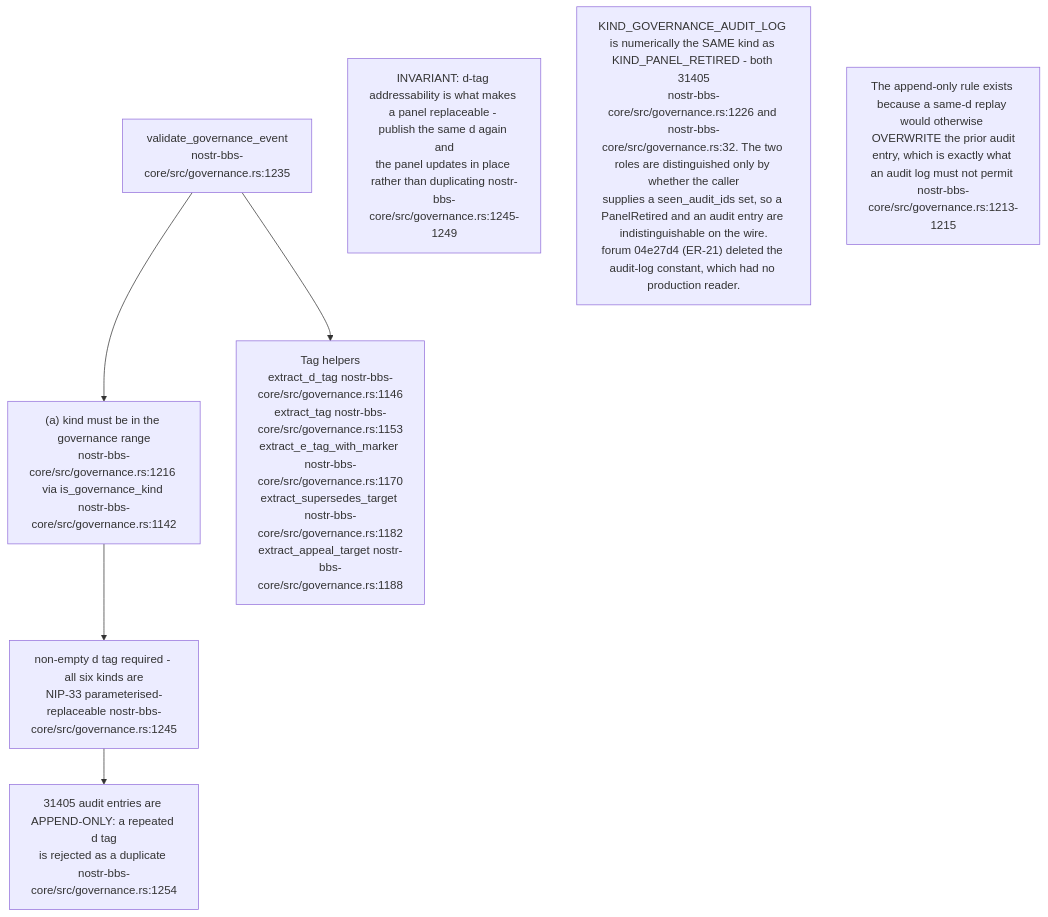
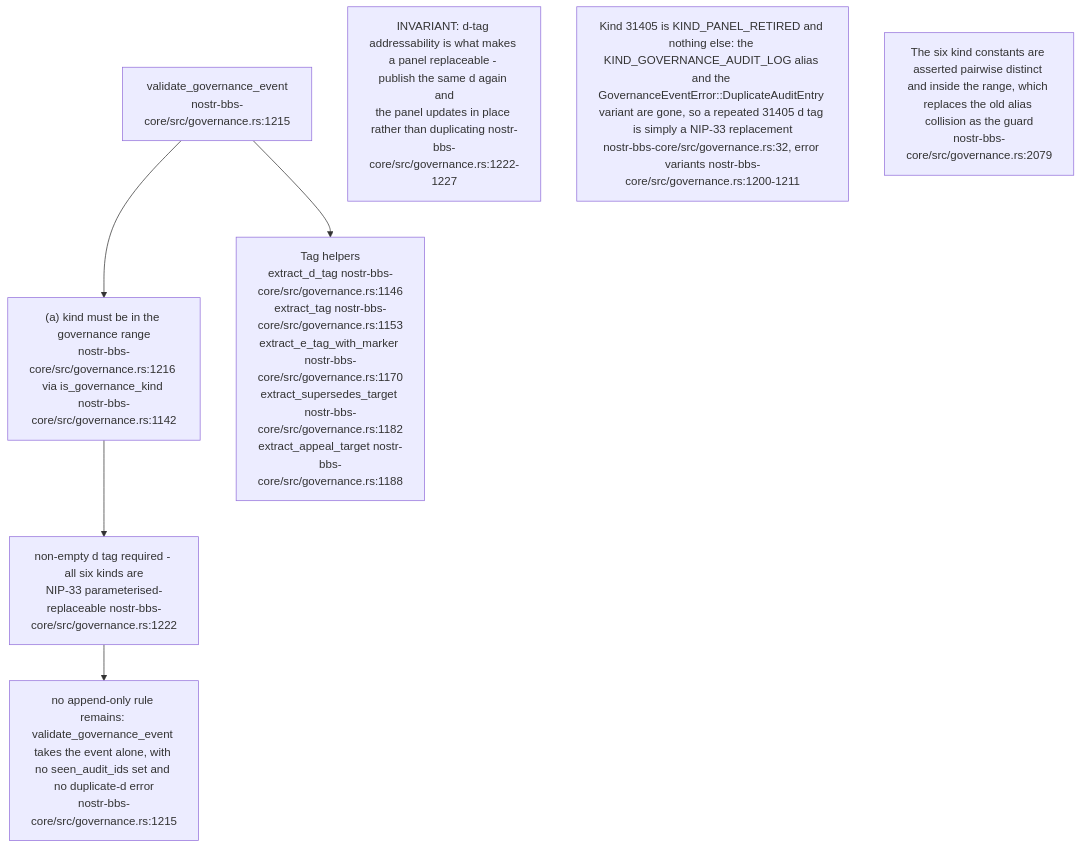
The second of 17 diagrams in docs/diagrams/nostr-rust-forum/06-agent-control-surface-31400-31405.md (DreamLab-AI/VisionFlow), drawn with Mermaid before and after one commit. The commit also changed other lines of this file and 160 other files, not shown here.

````diff
--- a/docs/diagrams/nostr-rust-forum/06-agent-control-surface-31400-31405.md
+++ b/docs/diagrams/nostr-rust-forum/06-agent-control-surface-31400-31405.md
@@ -68,15 +71,15 @@
 ```mermaid
 flowchart TB
-    V["validate_governance_event<br/>nostr-bbs-core/src/governance.rs:1235"]
+    V["validate_governance_event<br/>nostr-bbs-core/src/governance.rs:1215"]
     K["(a) kind must be in the governance range<br/>nostr-bbs-core/src/governance.rs:1216 via is_governance_kind nostr-bbs-core/src/governance.rs:1142"]
-    D["non-empty d tag required - all six kinds are<br/>NIP-33 parameterised-replaceable nostr-bbs-core/src/governance.rs:1245"]
-    AUD["31405 audit entries are APPEND-ONLY: a repeated d tag<br/>is rejected as a duplicate nostr-bbs-core/src/governance.rs:1254"]
+    D["non-empty d tag required - all six kinds are<br/>NIP-33 parameterised-replaceable nostr-bbs-core/src/governance.rs:1222"]
+    NOAUD["no append-only rule remains: validate_governance_event takes the event alone, with no seen_audit_ids set and no duplicate-d error<br/>nostr-bbs-core/src/governance.rs:1215"]
     HELP["Tag helpers<br/>extract_d_tag nostr-bbs-core/src/governance.rs:1146<br/>extract_tag nostr-bbs-core/src/governance.rs:1153<br/>extract_e_tag_with_marker nostr-bbs-core/src/governance.rs:1170<br/>extract_supersedes_target nostr-bbs-core/src/governance.rs:1182<br/>extract_appeal_target nostr-bbs-core/src/governance.rs:1188"]
 
-    V --> K --> D --> AUD
+    V --> K --> D --> NOAUD
     V --> HELP
 
-    N1["INVARIANT: d-tag addressability is what makes a panel replaceable - publish the same d again and<br/>the panel updates in place rather than duplicating nostr-bbs-core/src/governance.rs:1245-1249"]
-    N2["KIND_GOVERNANCE_AUDIT_LOG is numerically the SAME kind as KIND_PANEL_RETIRED - both 31405<br/>nostr-bbs-core/src/governance.rs:1226 and nostr-bbs-core/src/governance.rs:32. The two roles are distinguished only by whether the caller<br/>supplies a seen_audit_ids set, so a PanelRetired and an audit entry are indistinguishable on the wire.<br/>forum 04e27d4 (ER-21) deleted the audit-log constant, which had no production reader."]
-    N3["The append-only rule exists because a same-d replay would otherwise OVERWRITE the prior audit<br/>entry, which is exactly what an audit log must not permit nostr-bbs-core/src/governance.rs:1213-1215"]
+    N1["INVARIANT: d-tag addressability is what makes a panel replaceable - publish the same d again and<br/>the panel updates in place rather than duplicating nostr-bbs-core/src/governance.rs:1222-1227"]
+    N2["Kind 31405 is KIND_PANEL_RETIRED and nothing else: the KIND_GOVERNANCE_AUDIT_LOG alias and the GovernanceEventError::DuplicateAuditEntry variant are gone, so a repeated 31405 d tag is simply a NIP-33 replacement<br/>nostr-bbs-core/src/governance.rs:32, error variants nostr-bbs-core/src/governance.rs:1200-1211"]
+    N3["The six kind constants are asserted pairwise distinct and inside the range, which replaces the old alias collision as the guard<br/>nostr-bbs-core/src/governance.rs:2079"]
 ```
````
